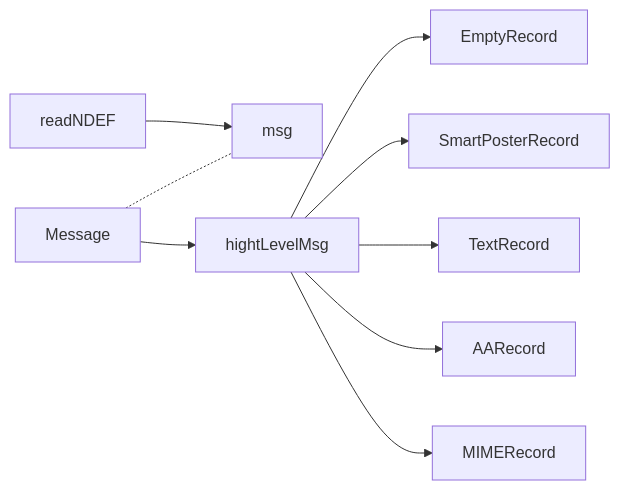
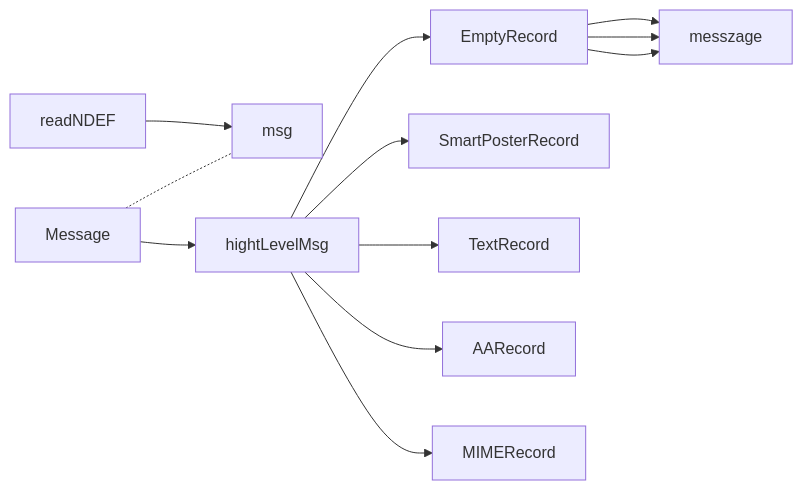
The third of 3 diagrams in nxp/Demo.md (gordianknotC/nxp_note), drawn with Mermaid before and after one commit. The commit also changed other lines of this file, not shown here.

Commit message:
nxp/Demo.md updated from https://stackedit.io/

````diff
--- a/nxp/Demo.md
+++ b/nxp/Demo.md
@@ -129,14 +129,19 @@
 ```mermaid
 graph LR
 msg
 
 readNDEF --> msg
 Message -.- msg
 Message --> hightLevelMsg
 hightLevelMsg--> EmptyRecord
 hightLevelMsg--> SmartPosterRecord
 hightLevelMsg--> TextRecord
 hightLevelMsg--> AARecord
 hightLevelMsg--> MIMERecord
 
+EmptyRecord --> messzage
+EmptyRecord --> messzage
+EmptyRecord --> messzage
+
+
 ```
````
